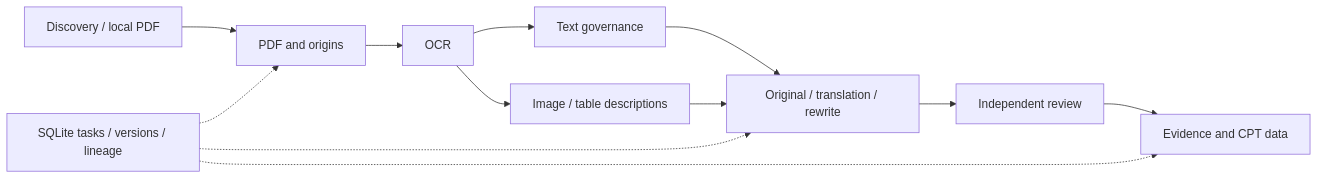
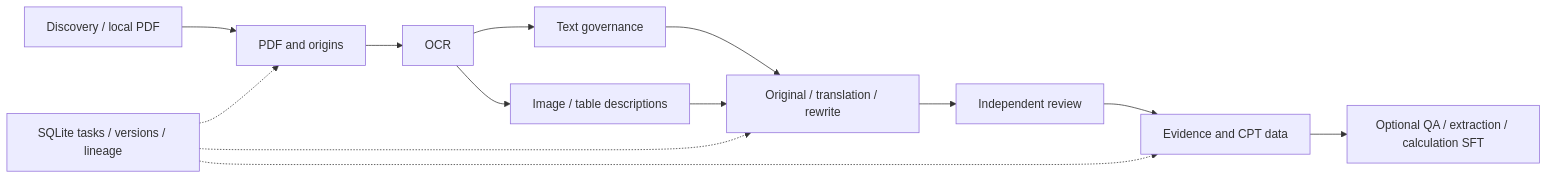
Before and after one commit to Chal1ce/FinFlow: the diagram in README.en.md, drawn with Mermaid. The commit also changed other lines of this file and 24 other files, not shown here.

````diff
--- a/README.en.md
+++ b/README.en.md
@@ -24,14 +25,15 @@
 ```mermaid
 flowchart LR
     source[Discovery / local PDF] --> raw[PDF and origins]
     raw --> ocr[OCR]
     ocr --> text[Text governance]
     ocr --> visual[Image / table descriptions]
     text --> candidate[Original / translation / rewrite]
     visual --> candidate
     candidate --> review[Independent review]
     review --> release[Evidence and CPT data]
+    release --> sft[Optional QA / extraction / calculation SFT]
     state[SQLite tasks / versions / lineage] -.-> raw
     state -.-> candidate
     state -.-> release
 ```
````
